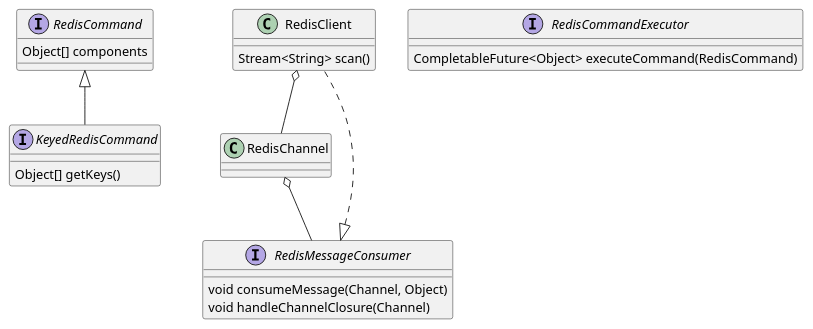
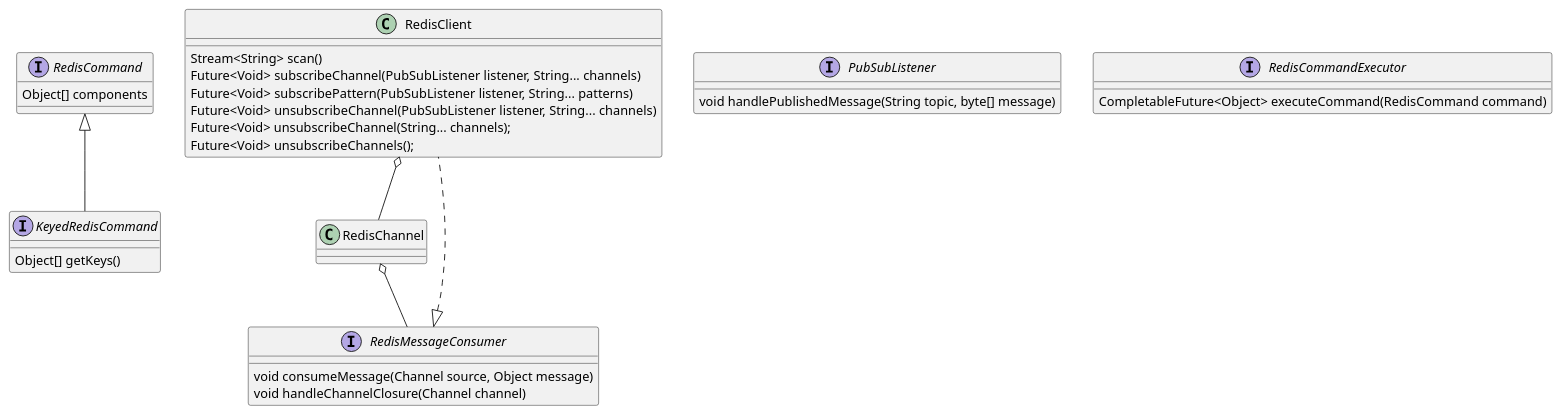
The diagram in src/main/java/com/eatthepath/rettys/doc-files/rettys.puml (jchambers/rettys), drawn with PlantUML before and after one commit. The commit also changed 7 other files, not shown here.

Commit message:
WIP: add the beginnings of a pub-sub message consumer.

```diff
--- a/src/main/java/com/eatthepath/rettys/doc-files/rettys.puml
+++ b/src/main/java/com/eatthepath/rettys/doc-files/rettys.puml
@@ -1,27 +1,36 @@
 @startuml
 
 interface RedisCommand {
     Object[] components
 }
 
 interface KeyedRedisCommand extends RedisCommand {
     Object[] getKeys()
 }
 
 class RedisClient implements RedisMessageConsumer {
     Stream<String> scan()
+    Future<Void> subscribeChannel(PubSubListener listener, String... channels)
+    Future<Void> subscribePattern(PubSubListener listener, String... patterns)
+    Future<Void> unsubscribeChannel(PubSubListener listener, String... channels)
+    Future<Void> unsubscribeChannel(String... channels);
+    Future<Void> unsubscribeChannels();
 }
 
 interface RedisMessageConsumer {
-    void consumeMessage(Channel, Object)
-    void handleChannelClosure(Channel)
+    void consumeMessage(Channel source, Object message)
+    void handleChannelClosure(Channel channel)
+}
+
+interface PubSubListener {
+    void handlePublishedMessage(String topic, byte[] message)
 }
 
 interface RedisCommandExecutor {
-    CompletableFuture<Object> executeCommand(RedisCommand)
+    CompletableFuture<Object> executeCommand(RedisCommand command)
 }
 
 RedisChannel o-- RedisMessageConsumer
 RedisClient o-- RedisChannel
 
 @enduml
```
